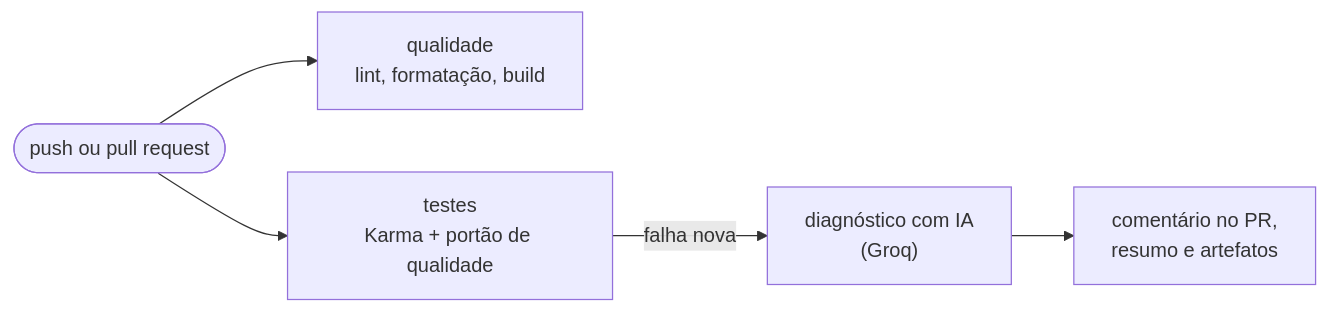
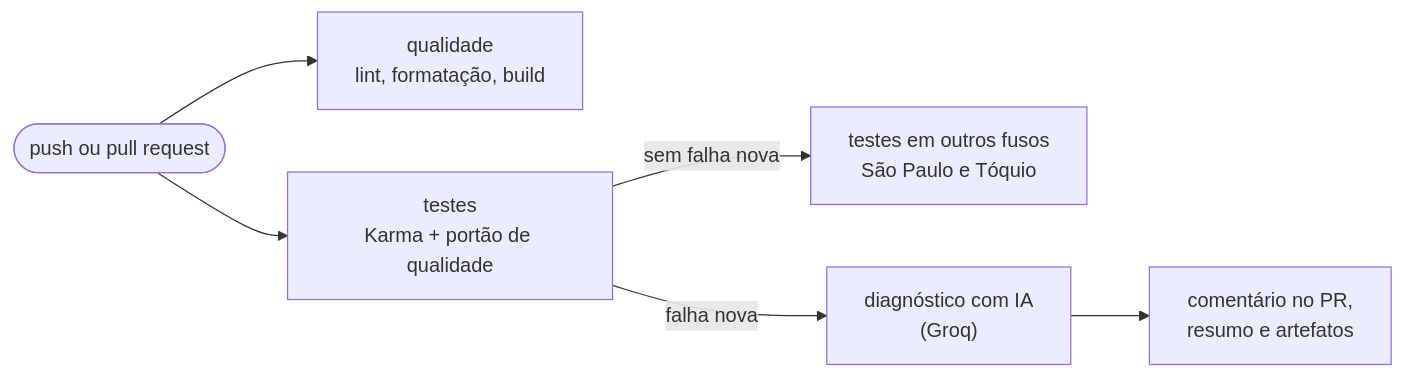
Before and after one commit to lfdeus/dashboard-clima-pos: the diagram in docs/devops-genai/README.md, drawn with Mermaid. The commit also changed other lines of this file and 7 other files, not shown here.

Commit message:
Corrige nascer e pôr do sol para o horário da cidade e testa em outros fusos

````diff
--- a/docs/devops-genai/README.md
+++ b/docs/devops-genai/README.md
@@ -30,7 +31,8 @@
 ```mermaid
 flowchart LR
     E([push ou pull request]) --> Q["qualidade<br/>lint, formatação, build"]
     E --> T["testes<br/>Karma + portão de qualidade"]
+    T -- "sem falha nova" --> F["testes em outros fusos<br/>São Paulo e Tóquio"]
     T -- "falha nova" --> D["diagnóstico com IA<br/>(Groq)"]
     D --> C["comentário no PR,<br/>resumo e artefatos"]
 ```
````
